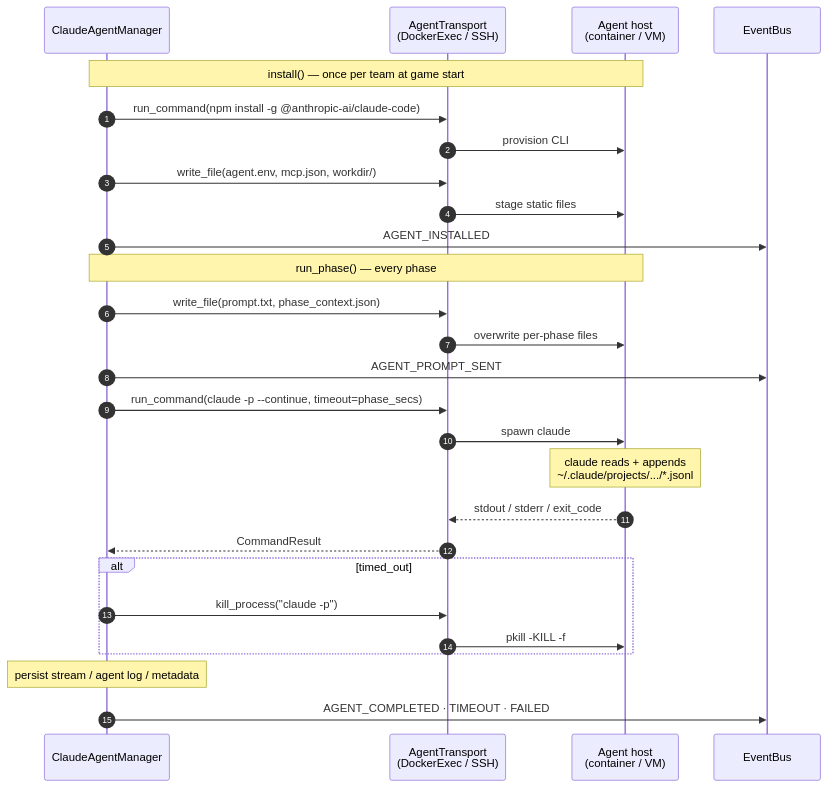
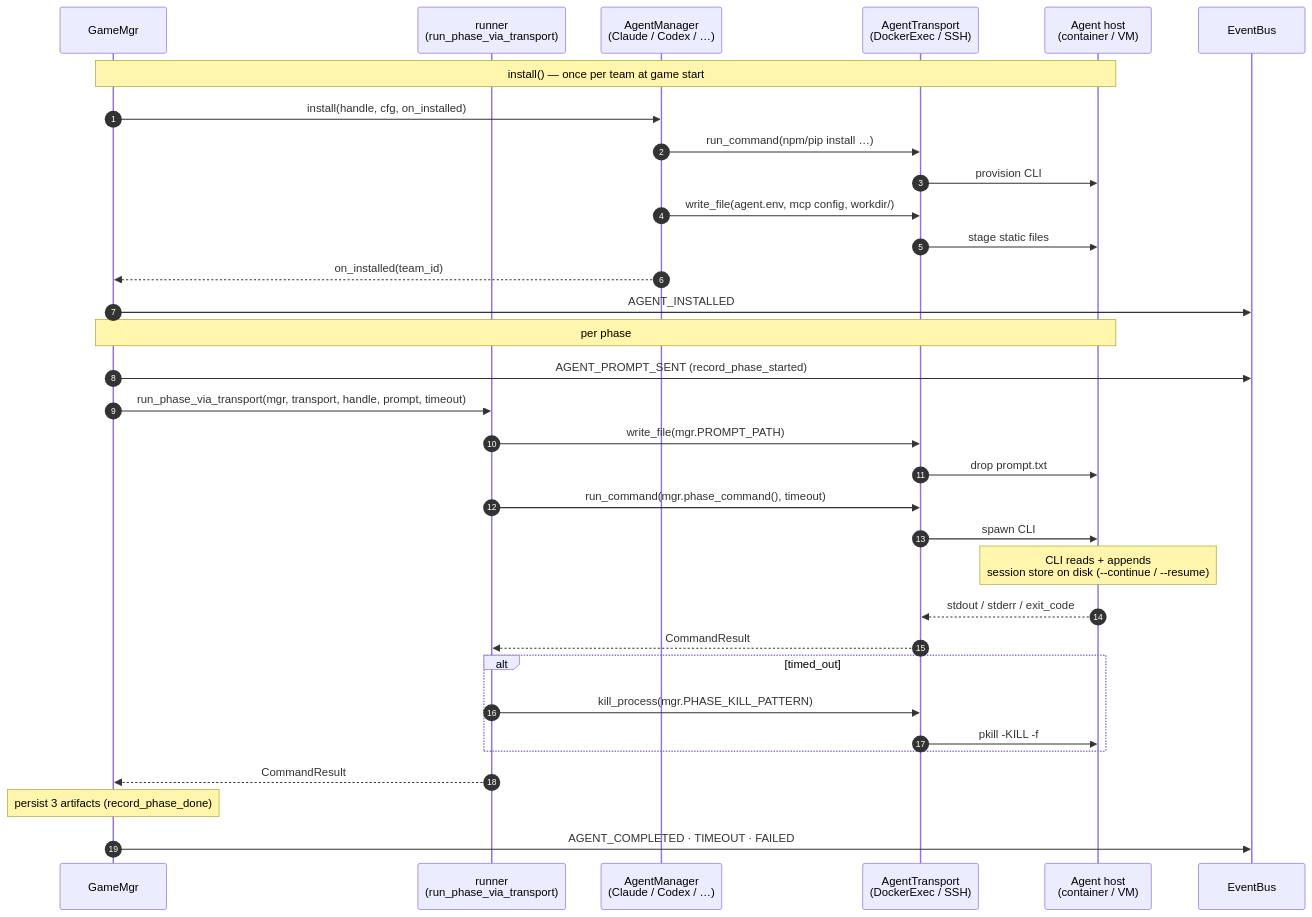
One commit to YueyangPan/CyberArenaOrchestration changed the second of 2 diagrams in docs/persistent_memory_agent_plan_v1.md. Above: the diagram before and after it, drawn with Mermaid. The commit also changed other lines of this file and 10 other files, not shown here.

First line of the commit message:
refactor(agents): slim AgentManager to data-only recipe; multi-provider hook

````diff
--- a/docs/persistent_memory_agent_plan_v1.md
+++ b/docs/persistent_memory_agent_plan_v1.md
@@ -215,31 +242,37 @@
 ```mermaid
 sequenceDiagram
     autonumber
-    participant Mgr as ClaudeAgentManager
+    participant Game as GameMgr
+    participant Run as runner<br/>(run_phase_via_transport)
+    participant Mgr as AgentManager<br/>(Claude / Codex / …)
     participant Tx as AgentTransport<br/>(DockerExec / SSH)
     participant Host as Agent host<br/>(container / VM)
     participant Bus as EventBus
 
-    Note over Mgr,Host: install() — once per team at game start
-    Mgr->>Tx: run_command(npm install -g @anthropic-ai/claude-code)
+    Note over Game,Host: install() — once per team at game start
+    Game->>Mgr: install(handle, cfg, on_installed)
+    Mgr->>Tx: run_command(npm/pip install …)
     Tx->>Host: provision CLI
-    Mgr->>Tx: write_file(agent.env, mcp.json, workdir/)
+    Mgr->>Tx: write_file(agent.env, mcp config, workdir/)
     Tx->>Host: stage static files
-    Mgr->>Bus: AGENT_INSTALLED
+    Mgr-->>Game: on_installed(team_id)
+    Game->>Bus: AGENT_INSTALLED
 
-    Note over Mgr,Host: run_phase() — every phase
-    Mgr->>Tx: write_file(prompt.txt, phase_context.json)
-    Tx->>Host: overwrite per-phase files
-    Mgr->>Bus: AGENT_PROMPT_SENT
-    Mgr->>Tx: run_command(claude -p --continue, timeout=phase_secs)
-    Tx->>Host: spawn claude
-    Note over Host: claude reads + appends<br/>~/.claude/projects/.../*.jsonl
+    Note over Game,Host: per phase
+    Game->>Bus: AGENT_PROMPT_SENT (record_phase_started)
+    Game->>Run: run_phase_via_transport(mgr, transport, handle, prompt, timeout)
+    Run->>Tx: write_file(mgr.PROMPT_PATH)
+    Tx->>Host: drop prompt.txt
+    Run->>Tx: run_command(mgr.phase_command(), timeout)
+    Tx->>Host: spawn CLI
+    Note over Host: CLI reads + appends<br/>session store on disk (--continue / --resume)
     Host-->>Tx: stdout / stderr / exit_code
-    Tx-->>Mgr: CommandResult
+    Tx-->>Run: CommandResult
     alt timed_out
-        Mgr->>Tx: kill_process("claude -p")
+        Run->>Tx: kill_process(mgr.PHASE_KILL_PATTERN)
         Tx->>Host: pkill -KILL -f
     end
-    Note over Mgr: persist stream / agent log / metadata
-    Mgr->>Bus: AGENT_COMPLETED · TIMEOUT · FAILED
+    Run-->>Game: CommandResult
+    Note over Game: persist 3 artifacts (record_phase_done)
+    Game->>Bus: AGENT_COMPLETED · TIMEOUT · FAILED
 ```
````
